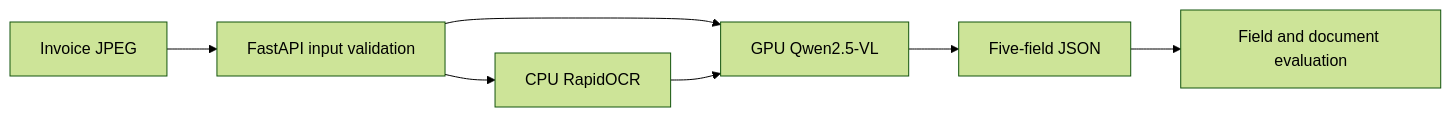
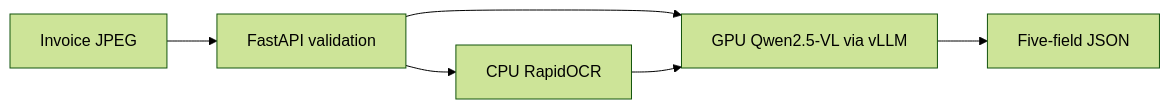
The first of 2 diagrams in README.md (jackylxj/qwen2.5-vl-tax-doc), drawn with Mermaid (forest theme) before and after one commit. The commit also changed other lines of this file and 7 other files, not shown here.

````diff
--- a/README.md
+++ b/README.md
@@ -17,9 +23,8 @@
 ```mermaid
 flowchart LR
-    A[Invoice JPEG] --> B[FastAPI input validation]
+    A[Invoice JPEG] --> B[FastAPI validation]
     B --> C[CPU RapidOCR]
-    B --> D[GPU Qwen2.5-VL]
+    B --> D[GPU Qwen2.5-VL via vLLM]
     C --> D
     D --> E[Five-field JSON]
-    E --> F[Field and document evaluation]
 ```
````
